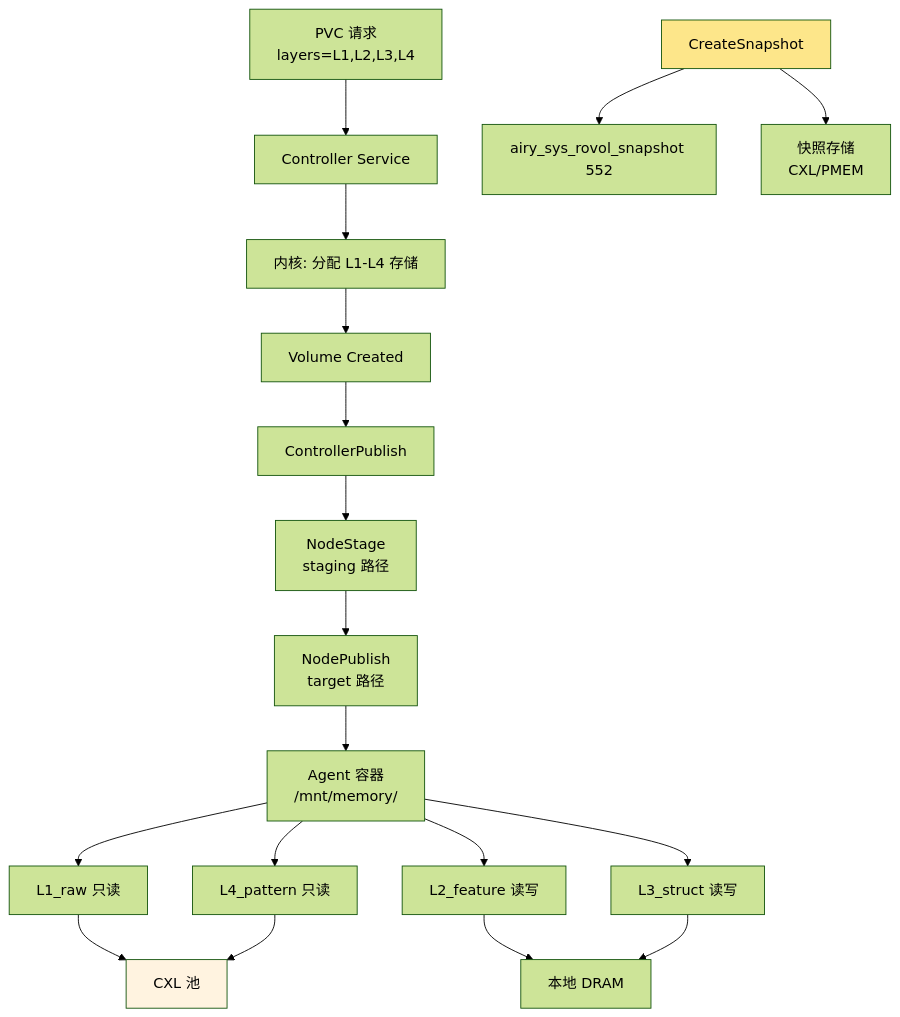
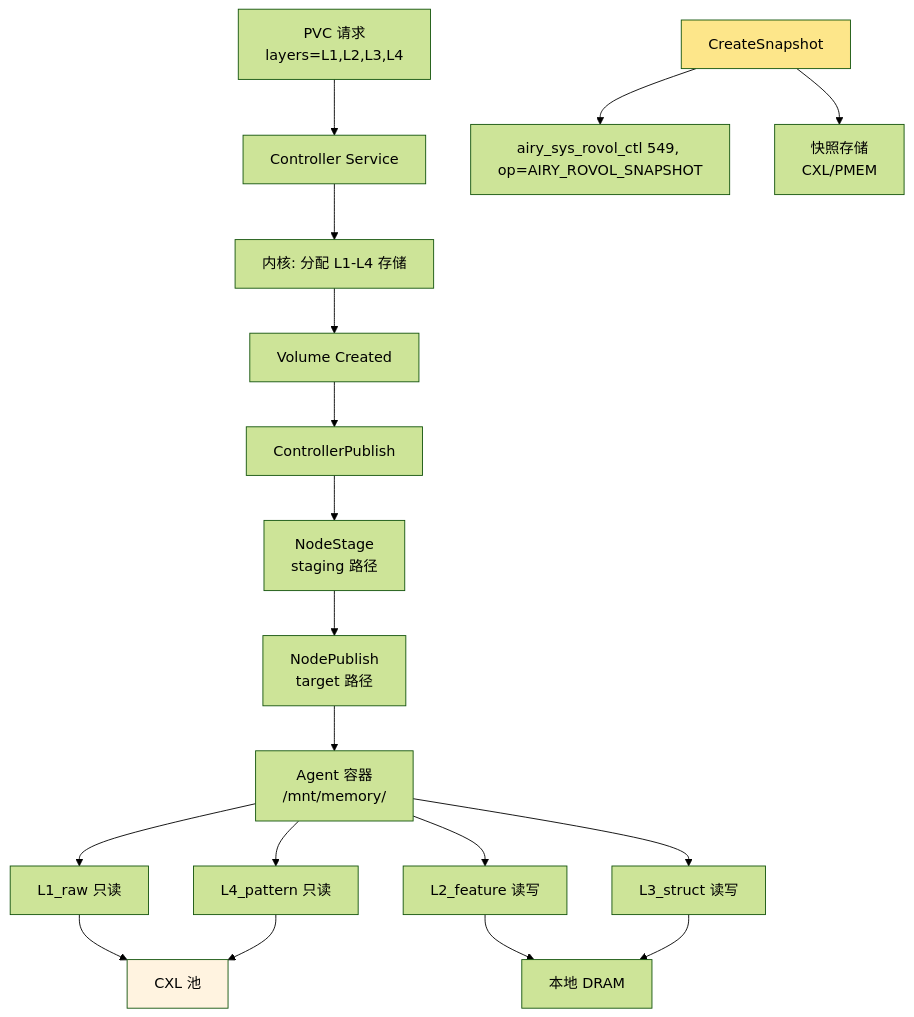
One commit to openairymax/docs-linux changed the third of 3 diagrams in 150-cloudnative/05-memoryrovol-csi.md. Above: the diagram before and after it, drawn with Mermaid (forest theme). The commit also changed other lines of this file and 50 other files, not shown here.

Commit message:
docs: 更新全部文档以适配 v1.0.1 版本 Capability Folding 变更 本次更新覆盖所有相关文档，主要变更包括： 1. 统一系统调用编号段从 512-631 调整为 548-571 2. 替换废弃的独立 syscall 为统一的 airy_sys_call + op-dispatch 模型

````diff
--- a/150-cloudnative/05-memoryrovol-csi.md
+++ b/150-cloudnative/05-memoryrovol-csi.md
@@ -469,27 +469,27 @@
 ```mermaid
 flowchart TB
     PVC[PVC 请求<br/>layers=L1,L2,L3,L4] --> CTRL[Controller Service]
     CTRL --> KERN1[内核: 分配 L1-L4 存储]
     KERN1 --> VOL[Volume Created]
     
     VOL --> PUB[ControllerPublish]
     PUB --> STAGE[NodeStage<br/>staging 路径]
     STAGE --> PUBLISH[NodePublish<br/>target 路径]
     PUBLISH --> CONTAINER[Agent 容器<br/>/mnt/memory/]
     
     CONTAINER --> L1[L1_raw 只读]
     CONTAINER --> L2[L2_feature 读写]
     CONTAINER --> L3[L3_struct 读写]
     CONTAINER --> L4[L4_pattern 只读]
     
     L1 --> CXL[CXL 池]
     L4 --> CXL
     L2 --> DRAM[本地 DRAM]
     L3 --> DRAM
     
-    SNAP[CreateSnapshot] --> KERN2[airy_sys_rovol_snapshot 552]
+    SNAP[CreateSnapshot] --> KERN2[airy_sys_rovol_ctl 549, op=AIRY_ROVOL_SNAPSHOT]
     SNAP --> SNAPSTORE[快照存储<br/>CXL/PMEM]
     
     style CXL fill:#fff3e0
     style SNAP fill:#fde68a
 ```
````
